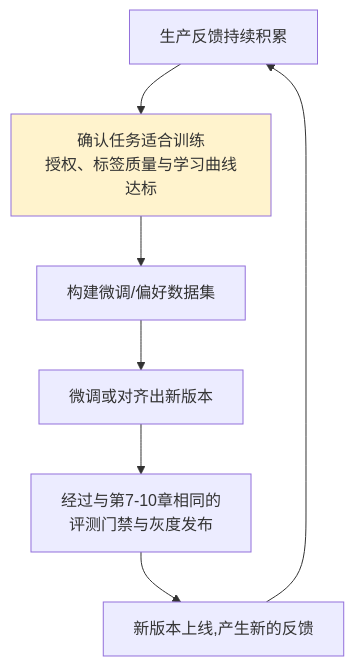
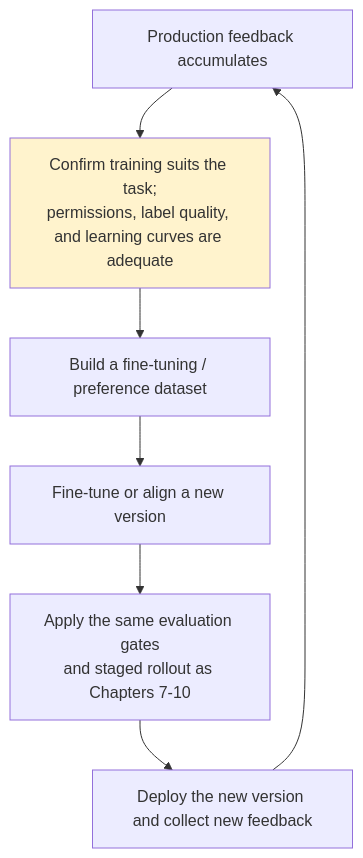
The second of 2 diagrams in docs/engineering/06-performance-operations/13-feedback-loop-data-flywheel.md (oneleaveknowsthefall/awesome-ai-roadmap), drawn with Mermaid before and after one commit. The commit also changed other lines of this file and 82 other files, not shown here.

````diff
--- a/docs/engineering/06-performance-operations/13-feedback-loop-data-flywheel.md
+++ b/docs/engineering/06-performance-operations/13-feedback-loop-data-flywheel.md
@@ -60,11 +60,11 @@
 ```mermaid
 flowchart TB
-    A["生产反馈持续积累"] --> B["确认任务适合训练<br/>授权、标签质量与学习曲线达标"]
-    B --> C["构建微调/偏好数据集"]
-    C --> D["微调或对齐出新版本"]
-    D --> E["经过与第7-10章相同的<br/>评测门禁与灰度发布"]
-    E --> F["新版本上线,产生新的反馈"]
+    A["Production feedback accumulates"] --> B["Confirm training suits the task;<br/>permissions, label quality, and learning curves are adequate"]
+    B --> C["Build a fine-tuning / preference dataset"]
+    C --> D["Fine-tune or align a new version"]
+    D --> E["Apply the same evaluation gates<br/>and staged rollout as Chapters 7-10"]
+    E --> F["Deploy the new version and collect new feedback"]
     F --> A
 
     style B fill:#fff3cd
 ```
````
